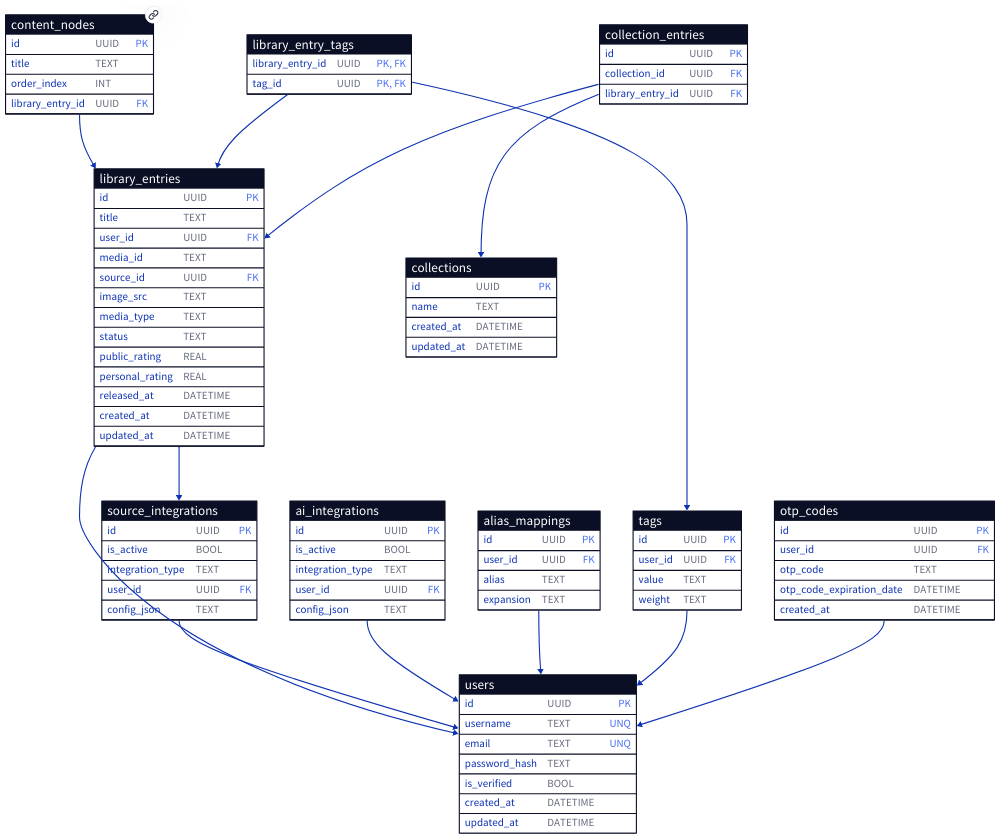
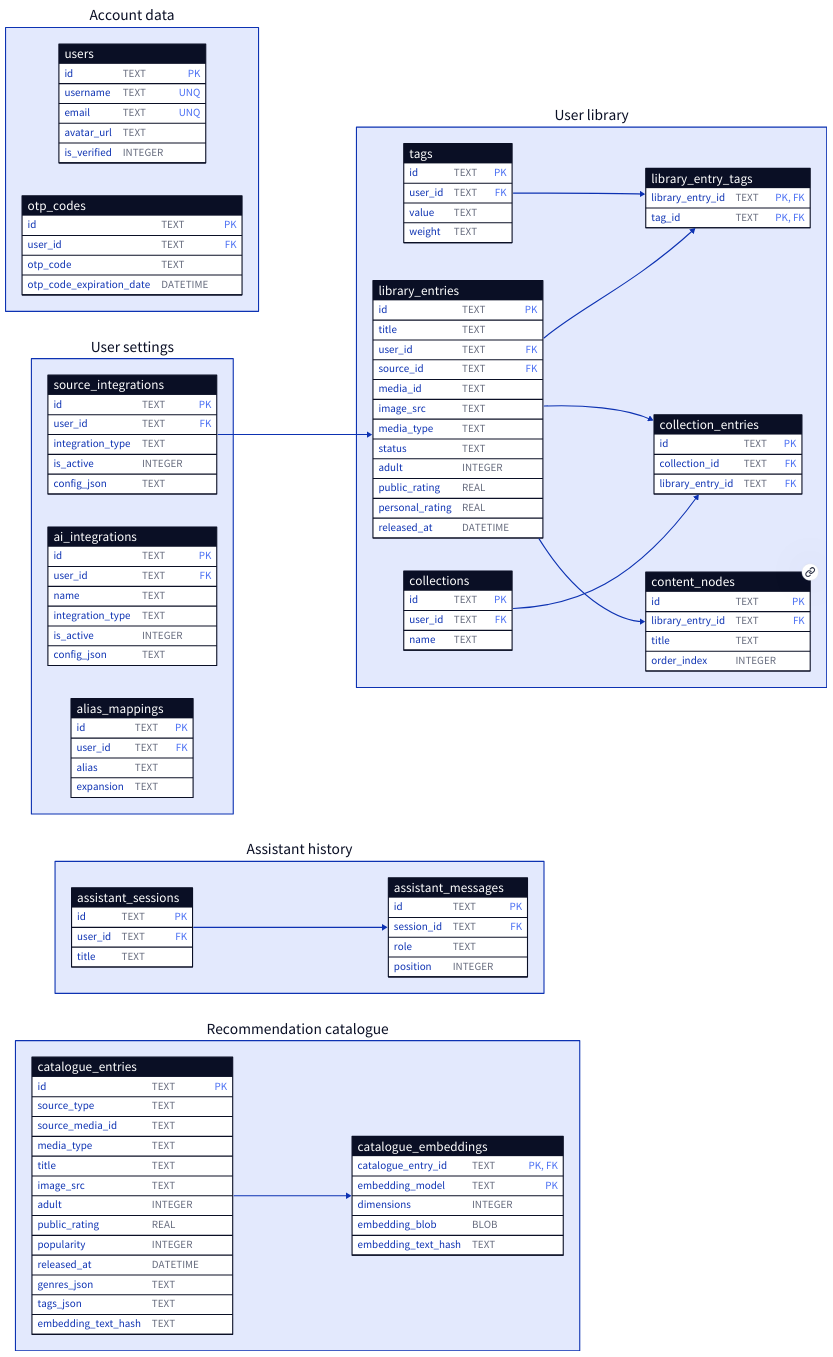
Before and after one commit to etherbits/metavault: the diagram in docs/diagrams/src/db-diagram.d2, drawn with D2. The commit also changed 6 other files, not shown here.

Commit message:
Refresh README and diagrams

```diff
--- a/docs/diagrams/src/db-diagram.d2
+++ b/docs/diagrams/src/db-diagram.d2
@@ -1,115 +1,158 @@
-direction: down
+direction: right
 
-users: {
-  shape: sql_table
-  id: UUID {constraint: primary_key}
-  username: TEXT {constraint: unique}
-  email: TEXT {constraint: unique}
-  password_hash: TEXT
-  is_verified: BOOL
-  created_at: DATETIME
-  updated_at: DATETIME
+account: "Account data" {
+  users: {
+    shape: sql_table
+    id: TEXT {constraint: primary_key}
+    username: TEXT {constraint: unique}
+    email: TEXT {constraint: unique}
+    avatar_url: TEXT
+    is_verified: INTEGER
+  }
+
+  otp_codes: {
+    shape: sql_table
+    id: TEXT {constraint: primary_key}
+    user_id: TEXT {constraint: foreign_key}
+    otp_code: TEXT
+    otp_code_expiration_date: DATETIME
+  }
 }
 
-library_entries: {
-  shape: sql_table
-  id: UUID {constraint: primary_key}
-  title: TEXT
-  user_id: UUID {constraint: foreign_key}
-  media_id: TEXT
-  source_id: UUID {constraint: foreign_key}
-  image_src: TEXT
-  media_type: TEXT
-  status: TEXT
-  public_rating: REAL
-  personal_rating: REAL
-  released_at: DATETIME
-  created_at: DATETIME
-  updated_at: DATETIME
+library: "User library" {
+  library_entries: {
+    shape: sql_table
+    id: TEXT {constraint: primary_key}
+    title: TEXT
+    user_id: TEXT {constraint: foreign_key}
+    source_id: TEXT {constraint: foreign_key}
+    media_id: TEXT
+    image_src: TEXT
+    media_type: TEXT
+    status: TEXT
+    adult: INTEGER
+    public_rating: REAL
+    personal_rating: REAL
+    released_at: DATETIME
+  }
+
+  tags: {
+    shape: sql_table
+    id: TEXT {constraint: primary_key}
+    user_id: TEXT {constraint: foreign_key}
+    value: TEXT
+    weight: TEXT
+  }
+
+  library_entry_tags: {
+    shape: sql_table
+    library_entry_id: TEXT {constraint: "PK, FK"}
+    tag_id: TEXT {constraint: "PK, FK"}
+  }
+
+  collections: {
+    shape: sql_table
+    id: TEXT {constraint: primary_key}
+    user_id: TEXT {constraint: foreign_key}
+    name: TEXT
+  }
+
+  collection_entries: {
+    shape: sql_table
+    id: TEXT {constraint: primary_key}
+    collection_id: TEXT {constraint: foreign_key}
+    library_entry_id: TEXT {constraint: foreign_key}
+  }
+
+  content_nodes: {
+    shape: sql_table
+    id: TEXT {constraint: primary_key}
+    library_entry_id: TEXT {constraint: foreign_key}
+    title: TEXT
+    link: TEXT
+    order_index: INTEGER
+  }
 }
 
-source_integrations: {
-	shape: sql_table
-	id: UUID {constraint: primary_key}
-	is_active: BOOL
-	integration_type: TEXT
-	user_id: UUID {constraint: foreign_key}
-	config_json: TEXT
+settings: "User settings" {
+  source_integrations: {
+    shape: sql_table
+    id: TEXT {constraint: primary_key}
+    user_id: TEXT {constraint: foreign_key}
+    integration_type: TEXT
+    is_active: INTEGER
+    config_json: TEXT
+  }
+
+  ai_integrations: {
+    shape: sql_table
+    id: TEXT {constraint: primary_key}
+    user_id: TEXT {constraint: foreign_key}
+    name: TEXT
+    integration_type: TEXT
+    is_active: INTEGER
+    config_json: TEXT
+  }
+
+  alias_mappings: {
+    shape: sql_table
+    id: TEXT {constraint: primary_key}
+    user_id: TEXT {constraint: foreign_key}
+    alias: TEXT
+    expansion: TEXT
+  }
 }
 
-ai_integrations: {
-	shape: sql_table
-	id: UUID {constraint: primary_key}
-	is_active: BOOL
-	integration_type: TEXT
-	user_id: UUID {constraint: foreign_key}
-	config_json: TEXT
+assistant: "Assistant history" {
+  assistant_sessions: {
+    shape: sql_table
+    id: TEXT {constraint: primary_key}
+    user_id: TEXT {constraint: foreign_key}
+    title: TEXT
+  }
+
+  assistant_messages: {
+    shape: sql_table
+    id: TEXT {constraint: primary_key}
+    session_id: TEXT {constraint: foreign_key}
+    role: TEXT
+    position: INTEGER
+  }
 }
 
-alias_mappings: {
-	shape: sql_table
-	id: UUID {constraint: primary_key}
-	user_id: UUID {constraint: foreign_key}
-	alias: TEXT
-	expansion: TEXT
+catalogue: "Recommendation catalogue" {
+  catalogue_entries: {
+    shape: sql_table
+    id: TEXT {constraint: primary_key}
+    source_type: TEXT
+    source_media_id: TEXT
+    media_type: TEXT
+    title: TEXT
+    image_src: TEXT
+    adult: INTEGER
+    public_rating: REAL
+    popularity: INTEGER
+    released_at: DATETIME
+    genres_json: TEXT
+    tags_json: TEXT
+    embedding_text_hash: TEXT
+  }
+
+  catalogue_embeddings: {
+    shape: sql_table
+    catalogue_entry_id: TEXT {constraint: "PK, FK"}
+    embedding_model: TEXT {constraint: primary_key}
+    dimensions: INTEGER
+    embedding_blob: BLOB
+    embedding_text_hash: TEXT
+  }
 }
 
-content_nodes: {
-	shape: sql_table
-	id: UUID {constraint: primary_key}
-	title: TEXT
-	link: TEXT
-	order_index: INT
-	library_entry_id: UUID {constraint: foreign_key}
-}
-
-tags: {
-	shape: sql_table
-	id: UUID {constraint: primary_key}
-	user_id: UUID {constraint: foreign_key}
-	value: TEXT
-	weight: TEXT
-}
-
-library_entry_tags: {
-	shape: sql_table
-	library_entry_id: UUID {constraint: [primary_key; foreign_key]}
-	tag_id: UUID {constraint: [primary_key; foreign_key]}
-}
-
-collections: {
-	shape: sql_table
-	id: UUID {constraint: primary_key}
-	name: TEXT
-	created_at: DATETIME
-	updated_at: DATETIME
-}
-
-collection_entries: {
-	shape: sql_table
-	id: UUID {constraint: primary_key}
-	collection_id: UUID {constraint: foreign_key}
-	library_entry_id: UUID {constraint: foreign_key}
-}
-
-otp_codes: {
-	shape: sql_table
-	id: UUID {constraint: primary_key}
-	user_id: UUID {constraint: foreign_key}
-	otp_code: TEXT
-	otp_code_expiration_date: DATETIME
-	created_at: DATETIME
-}
-
-library_entries.user_id -> users.id
-library_entries.source_id -> source_integrations.id
-source_integrations.user_id -> users.id
-ai_integrations.user_id -> users.id
-alias_mappings.user_id -> users.id
-content_nodes.library_entry_id -> library_entries.id
-tags.user_id -> users.id
-library_entry_tags.library_entry_id -> library_entries.id
-library_entry_tags.tag_id -> tags.id
-collection_entries.collection_id -> collections.id
-collection_entries.library_entry_id -> library_entries.id
-otp_codes.user_id -> users.id
+settings.source_integrations.id -> library.library_entries.source_id
+library.library_entries.id -> library.library_entry_tags.library_entry_id
+library.tags.id -> library.library_entry_tags.tag_id
+library.collections.id -> library.collection_entries.collection_id
+library.library_entries.id -> library.collection_entries.library_entry_id
+library.library_entries.id -> library.content_nodes.library_entry_id
+assistant.assistant_sessions.id -> assistant.assistant_messages.session_id
+catalogue.catalogue_entries.id -> catalogue.catalogue_embeddings.catalogue_entry_id
```
